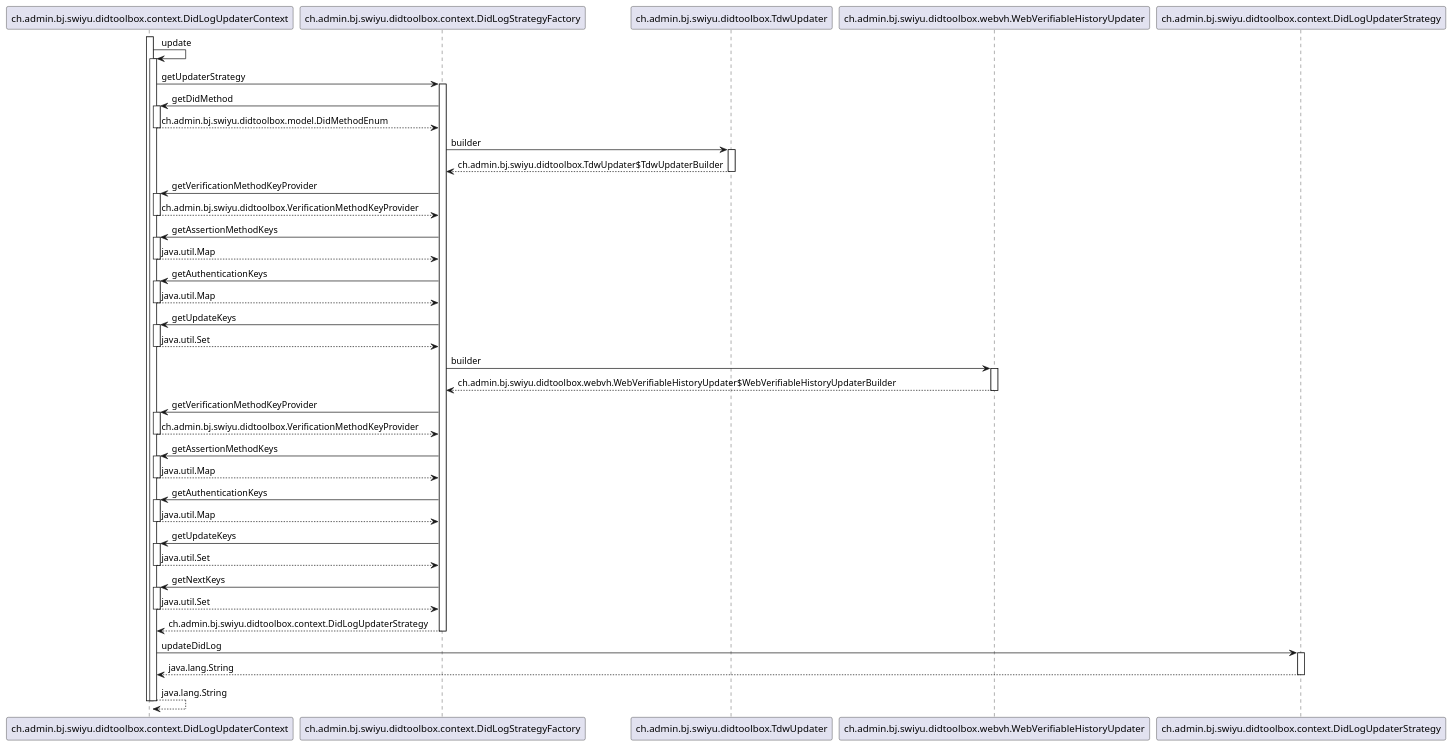
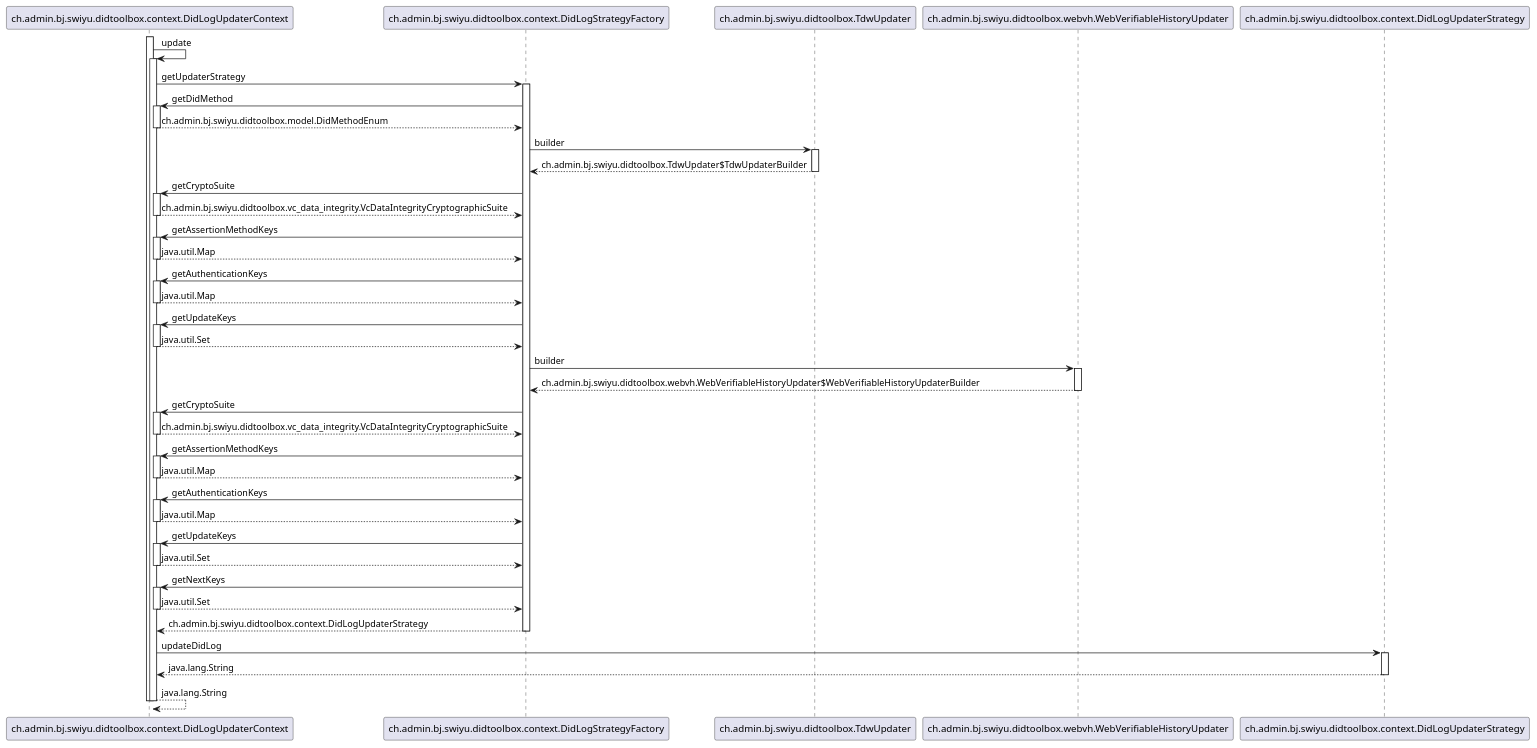
The diagram in src/main/plantuml/DidLogUpdaterContext-update.puml (swiyu-admin-ch/didtoolbox-java), drawn with PlantUML before and after one commit. The commit also changed 68 other files, not shown here.

```diff
--- a/src/main/plantuml/DidLogUpdaterContext-update.puml
+++ b/src/main/plantuml/DidLogUpdaterContext-update.puml
@@ -2,72 +2,72 @@
 @startuml
 
 participant ch.admin.bj.swiyu.didtoolbox.context.DidLogUpdaterContext
 participant ch.admin.bj.swiyu.didtoolbox.context.DidLogStrategyFactory
 participant ch.admin.bj.swiyu.didtoolbox.TdwUpdater
 participant ch.admin.bj.swiyu.didtoolbox.webvh.WebVerifiableHistoryUpdater
 participant ch.admin.bj.swiyu.didtoolbox.context.DidLogUpdaterStrategy
 
 activate ch.admin.bj.swiyu.didtoolbox.context.DidLogUpdaterContext
 	ch.admin.bj.swiyu.didtoolbox.context.DidLogUpdaterContext -> ch.admin.bj.swiyu.didtoolbox.context.DidLogUpdaterContext : update
 	activate ch.admin.bj.swiyu.didtoolbox.context.DidLogUpdaterContext
 		ch.admin.bj.swiyu.didtoolbox.context.DidLogUpdaterContext -> ch.admin.bj.swiyu.didtoolbox.context.DidLogStrategyFactory : getUpdaterStrategy
 		activate ch.admin.bj.swiyu.didtoolbox.context.DidLogStrategyFactory
 			ch.admin.bj.swiyu.didtoolbox.context.DidLogStrategyFactory -> ch.admin.bj.swiyu.didtoolbox.context.DidLogUpdaterContext : getDidMethod
 			activate ch.admin.bj.swiyu.didtoolbox.context.DidLogUpdaterContext
 				ch.admin.bj.swiyu.didtoolbox.context.DidLogUpdaterContext --> ch.admin.bj.swiyu.didtoolbox.context.DidLogStrategyFactory : ch.admin.bj.swiyu.didtoolbox.model.DidMethodEnum
 			deactivate ch.admin.bj.swiyu.didtoolbox.context.DidLogUpdaterContext
 			ch.admin.bj.swiyu.didtoolbox.context.DidLogStrategyFactory -> ch.admin.bj.swiyu.didtoolbox.TdwUpdater : builder
 			activate ch.admin.bj.swiyu.didtoolbox.TdwUpdater
 				ch.admin.bj.swiyu.didtoolbox.TdwUpdater --> ch.admin.bj.swiyu.didtoolbox.context.DidLogStrategyFactory : ch.admin.bj.swiyu.didtoolbox.TdwUpdater$TdwUpdaterBuilder
 			deactivate ch.admin.bj.swiyu.didtoolbox.TdwUpdater
-			ch.admin.bj.swiyu.didtoolbox.context.DidLogStrategyFactory -> ch.admin.bj.swiyu.didtoolbox.context.DidLogUpdaterContext : getVerificationMethodKeyProvider
+			ch.admin.bj.swiyu.didtoolbox.context.DidLogStrategyFactory -> ch.admin.bj.swiyu.didtoolbox.context.DidLogUpdaterContext : getCryptoSuite
 			activate ch.admin.bj.swiyu.didtoolbox.context.DidLogUpdaterContext
-				ch.admin.bj.swiyu.didtoolbox.context.DidLogUpdaterContext --> ch.admin.bj.swiyu.didtoolbox.context.DidLogStrategyFactory : ch.admin.bj.swiyu.didtoolbox.VerificationMethodKeyProvider
+				ch.admin.bj.swiyu.didtoolbox.context.DidLogUpdaterContext --> ch.admin.bj.swiyu.didtoolbox.context.DidLogStrategyFactory : ch.admin.bj.swiyu.didtoolbox.vc_data_integrity.VcDataIntegrityCryptographicSuite
 			deactivate ch.admin.bj.swiyu.didtoolbox.context.DidLogUpdaterContext
 			ch.admin.bj.swiyu.didtoolbox.context.DidLogStrategyFactory -> ch.admin.bj.swiyu.didtoolbox.context.DidLogUpdaterContext : getAssertionMethodKeys
 			activate ch.admin.bj.swiyu.didtoolbox.context.DidLogUpdaterContext
 				ch.admin.bj.swiyu.didtoolbox.context.DidLogUpdaterContext --> ch.admin.bj.swiyu.didtoolbox.context.DidLogStrategyFactory : java.util.Map
 			deactivate ch.admin.bj.swiyu.didtoolbox.context.DidLogUpdaterContext
 			ch.admin.bj.swiyu.didtoolbox.context.DidLogStrategyFactory -> ch.admin.bj.swiyu.didtoolbox.context.DidLogUpdaterContext : getAuthenticationKeys
 			activate ch.admin.bj.swiyu.didtoolbox.context.DidLogUpdaterContext
 				ch.admin.bj.swiyu.didtoolbox.context.DidLogUpdaterContext --> ch.admin.bj.swiyu.didtoolbox.context.DidLogStrategyFactory : java.util.Map
 			deactivate ch.admin.bj.swiyu.didtoolbox.context.DidLogUpdaterContext
 			ch.admin.bj.swiyu.didtoolbox.context.DidLogStrategyFactory -> ch.admin.bj.swiyu.didtoolbox.context.DidLogUpdaterContext : getUpdateKeys
 			activate ch.admin.bj.swiyu.didtoolbox.context.DidLogUpdaterContext
 				ch.admin.bj.swiyu.didtoolbox.context.DidLogUpdaterContext --> ch.admin.bj.swiyu.didtoolbox.context.DidLogStrategyFactory : java.util.Set
 			deactivate ch.admin.bj.swiyu.didtoolbox.context.DidLogUpdaterContext
 			ch.admin.bj.swiyu.didtoolbox.context.DidLogStrategyFactory -> ch.admin.bj.swiyu.didtoolbox.webvh.WebVerifiableHistoryUpdater : builder
 			activate ch.admin.bj.swiyu.didtoolbox.webvh.WebVerifiableHistoryUpdater
 				ch.admin.bj.swiyu.didtoolbox.webvh.WebVerifiableHistoryUpdater --> ch.admin.bj.swiyu.didtoolbox.context.DidLogStrategyFactory : ch.admin.bj.swiyu.didtoolbox.webvh.WebVerifiableHistoryUpdater$WebVerifiableHistoryUpdaterBuilder
 			deactivate ch.admin.bj.swiyu.didtoolbox.webvh.WebVerifiableHistoryUpdater
-			ch.admin.bj.swiyu.didtoolbox.context.DidLogStrategyFactory -> ch.admin.bj.swiyu.didtoolbox.context.DidLogUpdaterContext : getVerificationMethodKeyProvider
+			ch.admin.bj.swiyu.didtoolbox.context.DidLogStrategyFactory -> ch.admin.bj.swiyu.didtoolbox.context.DidLogUpdaterContext : getCryptoSuite
 			activate ch.admin.bj.swiyu.didtoolbox.context.DidLogUpdaterContext
-				ch.admin.bj.swiyu.didtoolbox.context.DidLogUpdaterContext --> ch.admin.bj.swiyu.didtoolbox.context.DidLogStrategyFactory : ch.admin.bj.swiyu.didtoolbox.VerificationMethodKeyProvider
+				ch.admin.bj.swiyu.didtoolbox.context.DidLogUpdaterContext --> ch.admin.bj.swiyu.didtoolbox.context.DidLogStrategyFactory : ch.admin.bj.swiyu.didtoolbox.vc_data_integrity.VcDataIntegrityCryptographicSuite
 			deactivate ch.admin.bj.swiyu.didtoolbox.context.DidLogUpdaterContext
 			ch.admin.bj.swiyu.didtoolbox.context.DidLogStrategyFactory -> ch.admin.bj.swiyu.didtoolbox.context.DidLogUpdaterContext : getAssertionMethodKeys
 			activate ch.admin.bj.swiyu.didtoolbox.context.DidLogUpdaterContext
 				ch.admin.bj.swiyu.didtoolbox.context.DidLogUpdaterContext --> ch.admin.bj.swiyu.didtoolbox.context.DidLogStrategyFactory : java.util.Map
 			deactivate ch.admin.bj.swiyu.didtoolbox.context.DidLogUpdaterContext
 			ch.admin.bj.swiyu.didtoolbox.context.DidLogStrategyFactory -> ch.admin.bj.swiyu.didtoolbox.context.DidLogUpdaterContext : getAuthenticationKeys
 			activate ch.admin.bj.swiyu.didtoolbox.context.DidLogUpdaterContext
 				ch.admin.bj.swiyu.didtoolbox.context.DidLogUpdaterContext --> ch.admin.bj.swiyu.didtoolbox.context.DidLogStrategyFactory : java.util.Map
 			deactivate ch.admin.bj.swiyu.didtoolbox.context.DidLogUpdaterContext
 			ch.admin.bj.swiyu.didtoolbox.context.DidLogStrategyFactory -> ch.admin.bj.swiyu.didtoolbox.context.DidLogUpdaterContext : getUpdateKeys
 			activate ch.admin.bj.swiyu.didtoolbox.context.DidLogUpdaterContext
 				ch.admin.bj.swiyu.didtoolbox.context.DidLogUpdaterContext --> ch.admin.bj.swiyu.didtoolbox.context.DidLogStrategyFactory : java.util.Set
 			deactivate ch.admin.bj.swiyu.didtoolbox.context.DidLogUpdaterContext
 			ch.admin.bj.swiyu.didtoolbox.context.DidLogStrategyFactory -> ch.admin.bj.swiyu.didtoolbox.context.DidLogUpdaterContext : getNextKeys
 			activate ch.admin.bj.swiyu.didtoolbox.context.DidLogUpdaterContext
 				ch.admin.bj.swiyu.didtoolbox.context.DidLogUpdaterContext --> ch.admin.bj.swiyu.didtoolbox.context.DidLogStrategyFactory : java.util.Set
 			deactivate ch.admin.bj.swiyu.didtoolbox.context.DidLogUpdaterContext
 			ch.admin.bj.swiyu.didtoolbox.context.DidLogStrategyFactory --> ch.admin.bj.swiyu.didtoolbox.context.DidLogUpdaterContext : ch.admin.bj.swiyu.didtoolbox.context.DidLogUpdaterStrategy
 		deactivate ch.admin.bj.swiyu.didtoolbox.context.DidLogStrategyFactory
 		ch.admin.bj.swiyu.didtoolbox.context.DidLogUpdaterContext -> ch.admin.bj.swiyu.didtoolbox.context.DidLogUpdaterStrategy : updateDidLog
 		activate ch.admin.bj.swiyu.didtoolbox.context.DidLogUpdaterStrategy
 			ch.admin.bj.swiyu.didtoolbox.context.DidLogUpdaterStrategy --> ch.admin.bj.swiyu.didtoolbox.context.DidLogUpdaterContext : java.lang.String
 		deactivate ch.admin.bj.swiyu.didtoolbox.context.DidLogUpdaterStrategy
 		ch.admin.bj.swiyu.didtoolbox.context.DidLogUpdaterContext --> ch.admin.bj.swiyu.didtoolbox.context.DidLogUpdaterContext : java.lang.String
 	deactivate ch.admin.bj.swiyu.didtoolbox.context.DidLogUpdaterContext
 deactivate ch.admin.bj.swiyu.didtoolbox.context.DidLogUpdaterContext
 
 @enduml
```
